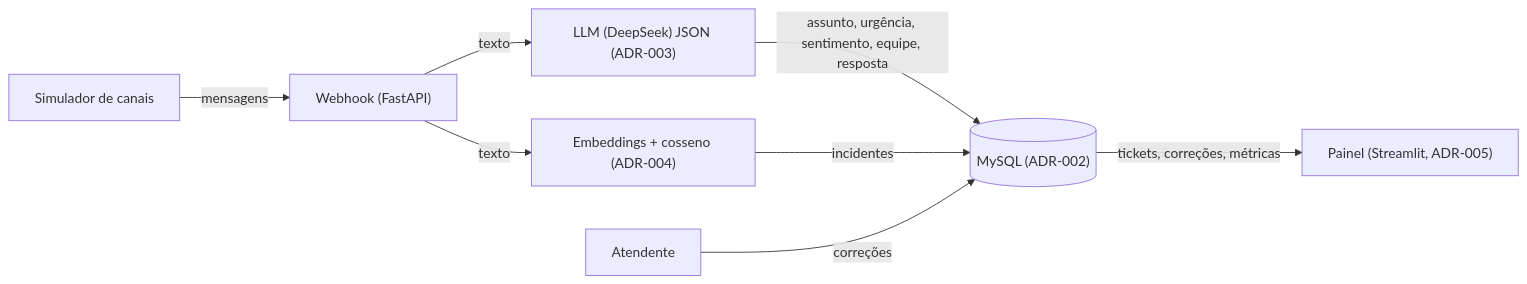
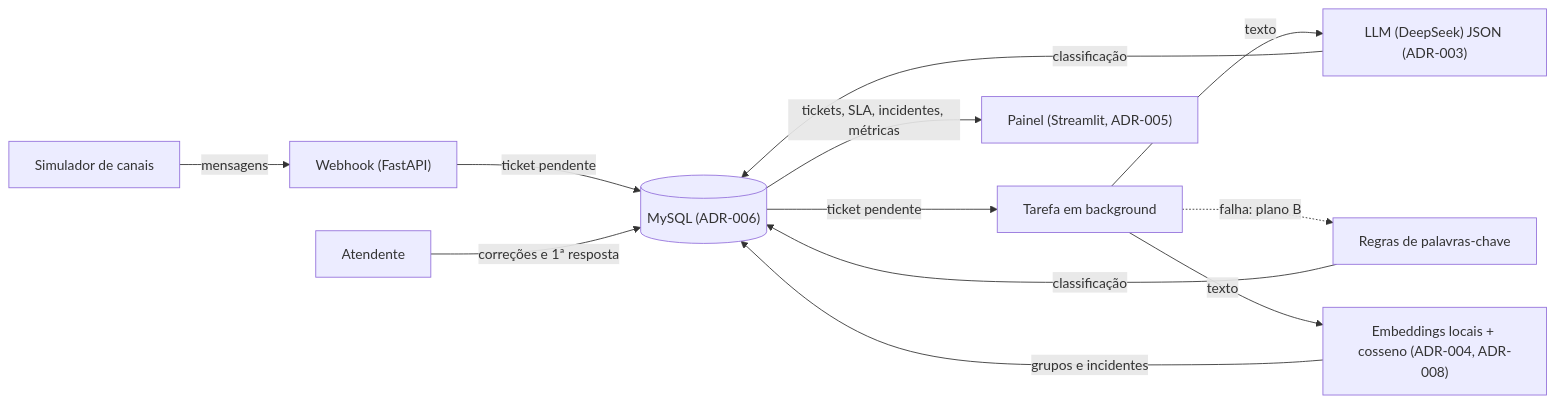
One commit to Miguel-Soares1/hackathon changed the diagram in management/arch.md. Above: the diagram before and after it, drawn with Mermaid. The commit also changed other lines of this file and 11 other files, not shown here.

````diff
--- a/management/arch.md
+++ b/management/arch.md
@@ -18,10 +19,14 @@
 ```mermaid
 graph LR
   SIM["Simulador de canais"] -->|mensagens| WH["Webhook (FastAPI)"]
-  WH -->|texto| LLM["LLM (DeepSeek) JSON (ADR-003)"]
-  LLM -->|assunto, urgência, sentimento, equipe, resposta| DB[("MySQL (ADR-002)")]
-  WH -->|texto| EMB["Embeddings + cosseno (ADR-004)"]
-  EMB -->|incidentes| DB
-  AT["Atendente"] -->|correções| DB
-  DB -->|tickets, correções, métricas| UI["Painel (Streamlit, ADR-005)"]
+  WH -->|ticket pendente| DB[("MySQL (ADR-006)")]
+  DB -->|ticket pendente| BG["Tarefa em background"]
+  BG -->|texto| LLM["LLM (DeepSeek) JSON (ADR-003)"]
+  BG -.->|falha: plano B| RULES["Regras de palavras-chave"]
+  LLM -->|classificação| DB
+  RULES -->|classificação| DB
+  BG -->|texto| EMB["Embeddings locais + cosseno (ADR-004, ADR-008)"]
+  EMB -->|grupos e incidentes| DB
+  AT["Atendente"] -->|correções e 1ª resposta| DB
+  DB -->|tickets, SLA, incidentes, métricas| UI["Painel (Streamlit, ADR-005)"]
 ```
````
